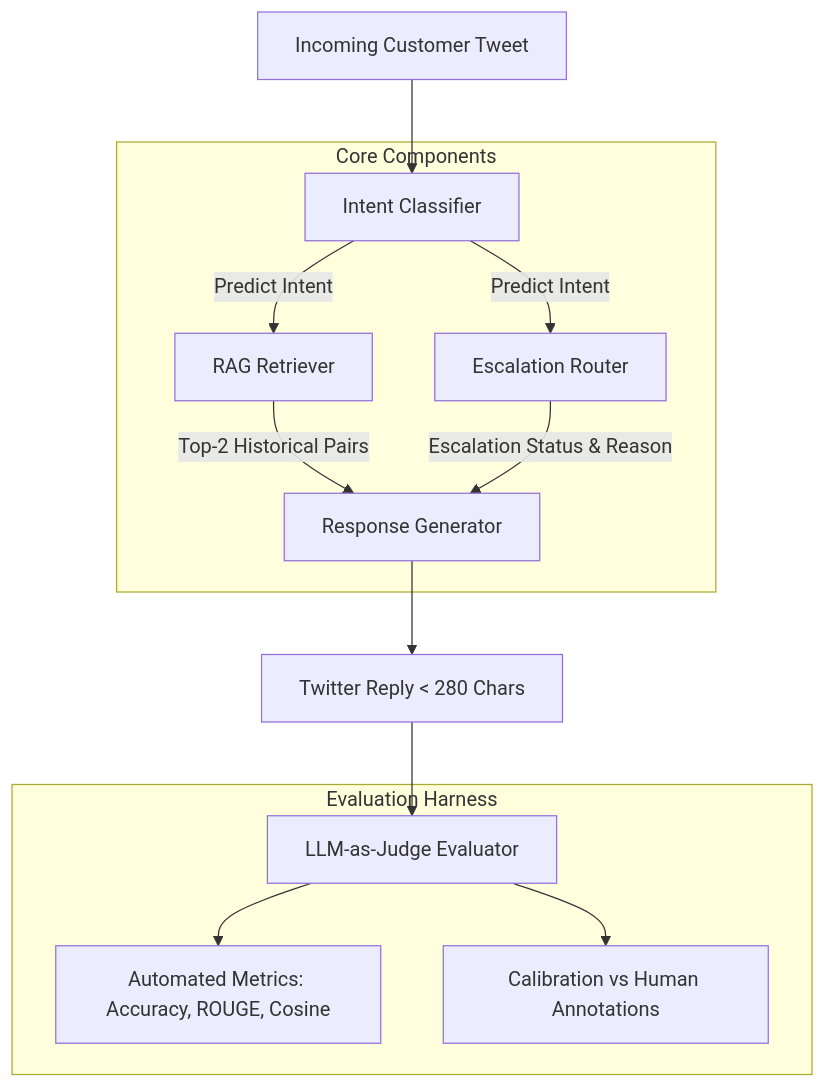
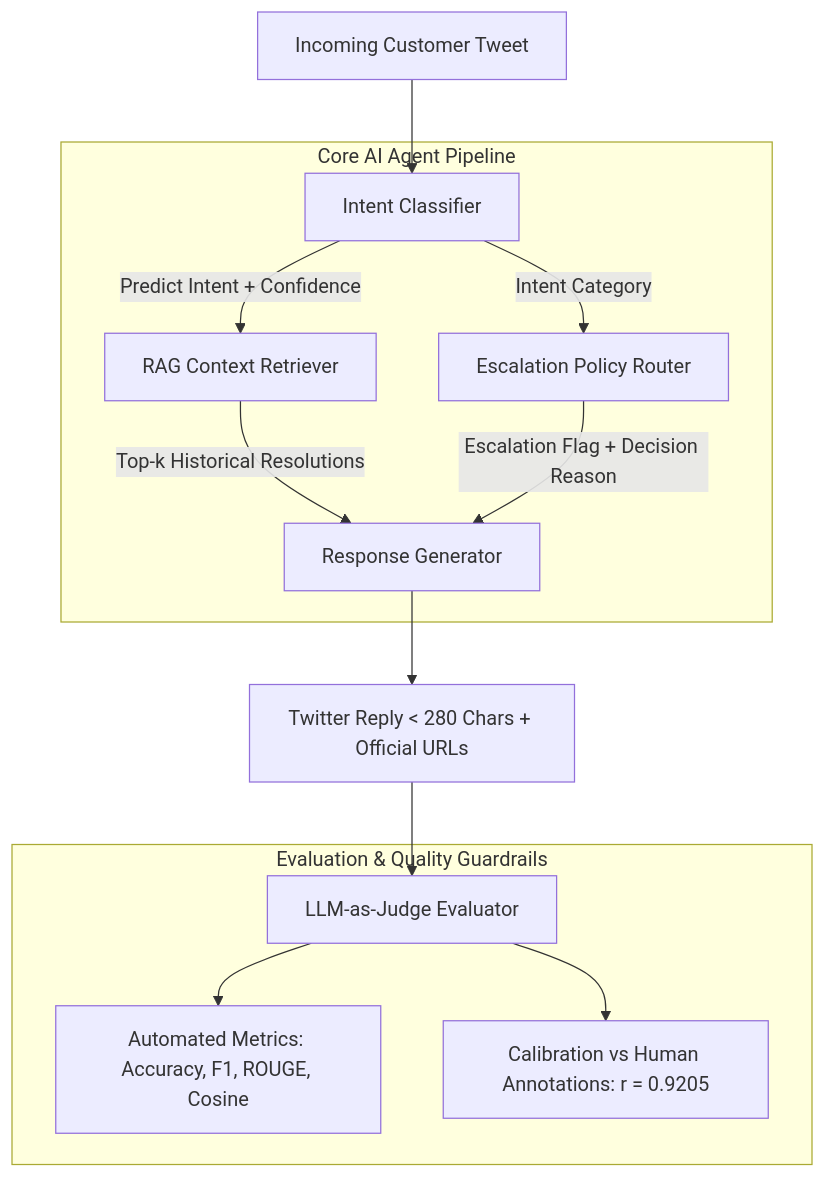
One commit to Deepa-GT/sde changed the diagram in README.md. Above: the diagram before and after it, drawn with Mermaid. The commit also changed other lines of this file and 2 other files, not shown here.

Commit message:
Elevate README, ADR decision records, and academic citations to elite publication standard

````diff
--- a/README.md
+++ b/README.md
@@ -76,24 +94,24 @@
 ```mermaid
 flowchart TD
     A[Incoming Customer Tweet] --> B[Intent Classifier]
-    B -->|Predict Intent| C[RAG Retriever]
-    B -->|Predict Intent| D[Escalation Router]
+    B -->|Predict Intent + Confidence| C[RAG Context Retriever]
+    B -->|Intent Category| D[Escalation Policy Router]
     
-    C -->|Top-2 Historical Pairs| E[Response Generator]
-    D -->|Escalation Status & Reason| E
+    C -->|Top-k Historical Resolutions| E[Response Generator]
+    D -->|Escalation Flag + Decision Reason| E
     
-    E --> F[Twitter Reply < 280 Chars]
+    E --> F[Twitter Reply < 280 Chars + Official URLs]
     F --> G[LLM-as-Judge Evaluator]
     
-    subgraph Core Components
+    subgraph Core AI Agent Pipeline
         B
         C
         D
         E
     end
     
-    subgraph Evaluation Harness
-        G --> H[Automated Metrics: Accuracy, ROUGE, Cosine]
-        G --> I[Calibration vs Human Annotations]
+    subgraph Evaluation & Quality Guardrails
+        G --> H[Automated Metrics: Accuracy, F1, ROUGE, Cosine]
+        G --> I[Calibration vs Human Annotations: r = 0.9205]
     end
 ```
````
